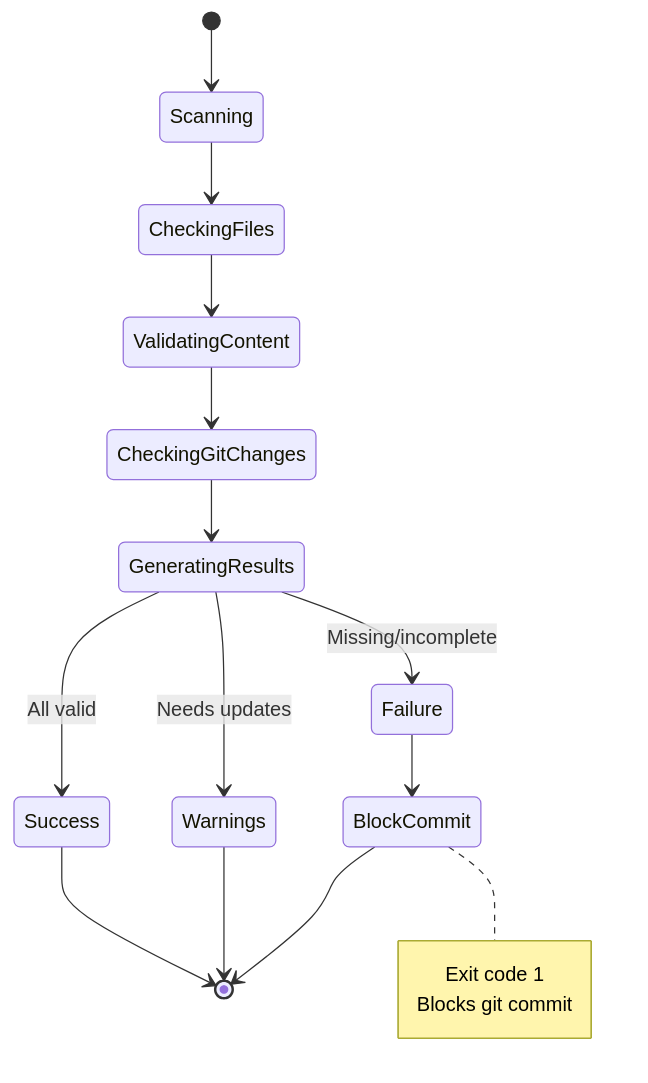
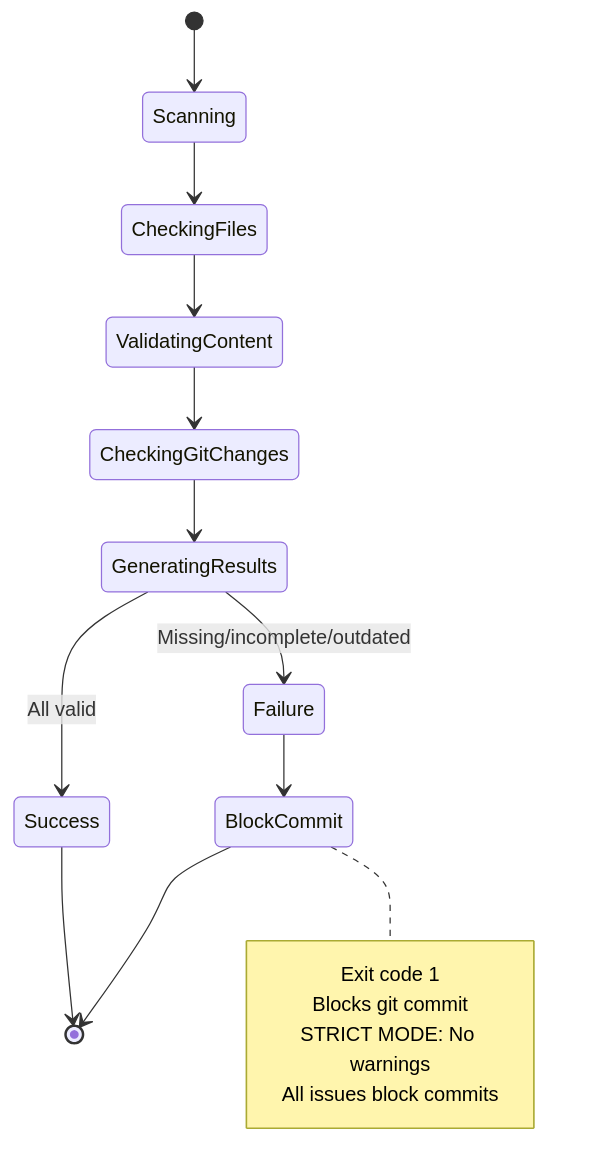
One commit to hpohlmann/dungeon-master changed the third of 3 diagrams in .lore/commands/cli-system.md. Above: the diagram before and after it, drawn with Mermaid. The commit also changed other lines of this file and 3 other files, not shown here.

````diff
--- a/.lore/commands/cli-system.md
+++ b/.lore/commands/cli-system.md
@@ -211,22 +212,22 @@
 ```mermaid
 stateDiagram-v2
     [*] --> Scanning
     Scanning --> CheckingFiles
     CheckingFiles --> ValidatingContent
     ValidatingContent --> CheckingGitChanges
     CheckingGitChanges --> GeneratingResults
 
     GeneratingResults --> Success: All valid
-    GeneratingResults --> Warnings: Needs updates
-    GeneratingResults --> Failure: Missing/incomplete
+    GeneratingResults --> Failure: Missing/incomplete/outdated
 
     Success --> [*]
-    Warnings --> [*]
     Failure --> BlockCommit
     BlockCommit --> [*]
 
     note right of BlockCommit
         Exit code 1
         Blocks git commit
+        STRICT MODE: No warnings
+        All issues block commits
     end note
 ```
````
